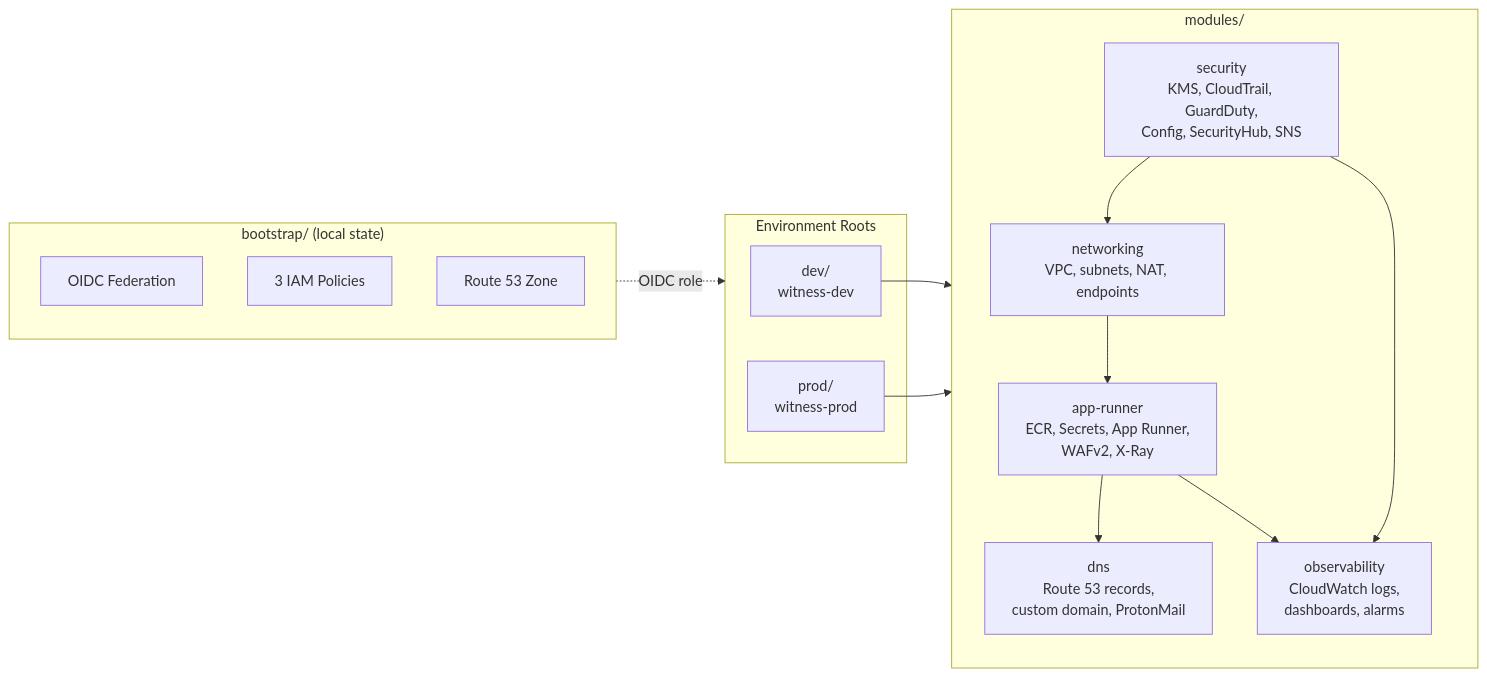
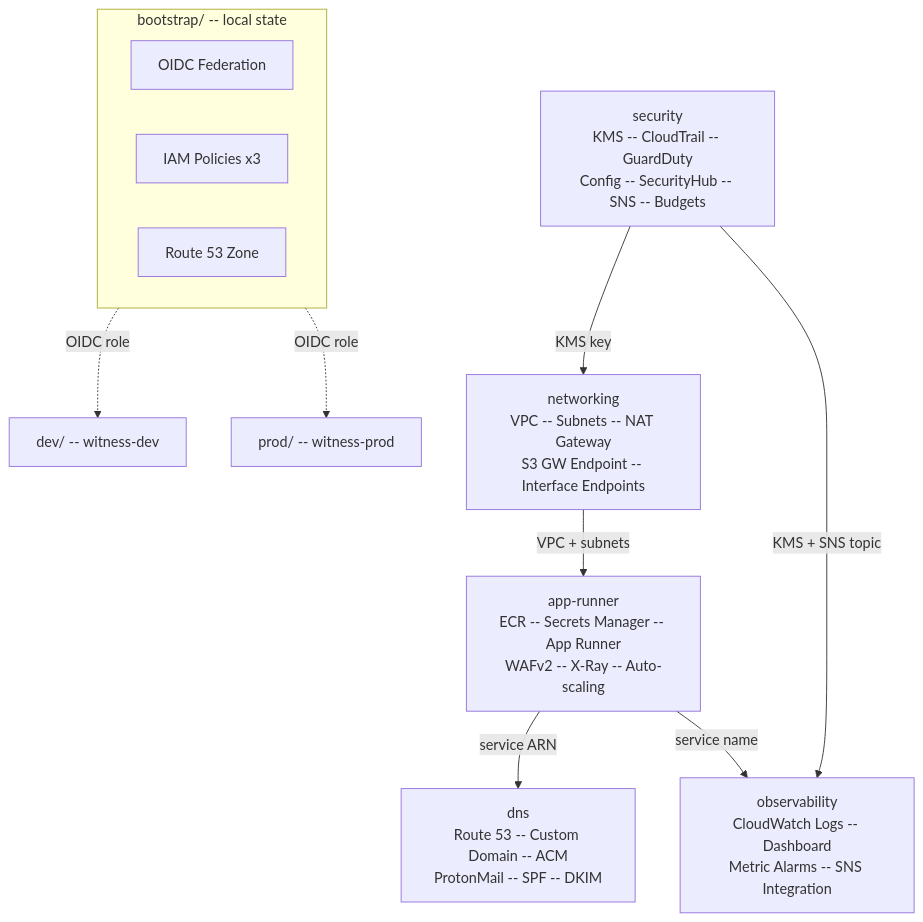
Before and after one commit to borninthedark/witness: the second of 3 diagrams in README.md, drawn with Mermaid. The commit also changed other lines of this file and 1 other file, not shown here.

````diff
--- a/README.md
+++ b/README.md
@@ -132,28 +114,23 @@
 ```mermaid
-graph LR
-    subgraph Bootstrap["bootstrap/ (local state)"]
+graph TD
+    subgraph boot["bootstrap/ -- local state"]
+        direction LR
         OIDC["OIDC Federation"]
-        IAM["3 IAM Policies"]
+        IAM["IAM Policies x3"]
         R53Z["Route 53 Zone"]
     end
 
-    subgraph Modules["modules/"]
-        NET["networking<br/>VPC, subnets, NAT, endpoints"]
-        SEC["security<br/>KMS, CloudTrail, GuardDuty,<br/>Config, SecurityHub, SNS"]
-        APP["app-runner<br/>ECR, Secrets, App Runner,<br/>WAFv2, X-Ray"]
-        DNS["dns<br/>Route 53 records,<br/>custom domain, ProtonMail"]
-        OBS["observability<br/>CloudWatch logs,<br/>dashboards, alarms"]
-    end
+    boot -.->|OIDC role| DEV["dev/ -- witness-dev"] & PROD["prod/ -- witness-prod"]
 
-    subgraph Envs["Environment Roots"]
-        DEV["dev/<br/>witness-dev"]
-        PROD["prod/<br/>witness-prod"]
-    end
+    SEC["security<br/>KMS -- CloudTrail -- GuardDuty<br/>Config -- SecurityHub -- SNS -- Budgets"]
+    NET["networking<br/>VPC -- Subnets -- NAT Gateway<br/>S3 GW Endpoint -- Interface Endpoints"]
+    APP["app-runner<br/>ECR -- Secrets Manager -- App Runner<br/>WAFv2 -- X-Ray -- Auto-scaling"]
+    DNS["dns<br/>Route 53 -- Custom Domain -- ACM<br/>ProtonMail -- SPF -- DKIM"]
+    OBS["observability<br/>CloudWatch Logs -- Dashboard<br/>Metric Alarms -- SNS Integration"]
 
-    SEC --> NET --> APP --> DNS
-    SEC --> OBS
-    APP --> OBS
-    DEV --> Modules
-    PROD --> Modules
-    Bootstrap -.->|OIDC role| Envs
+    SEC -->|KMS key| NET
+    NET -->|VPC + subnets| APP
+    APP -->|service ARN| DNS
+    SEC -->|KMS + SNS topic| OBS
+    APP -->|service name| OBS
 ```
````
